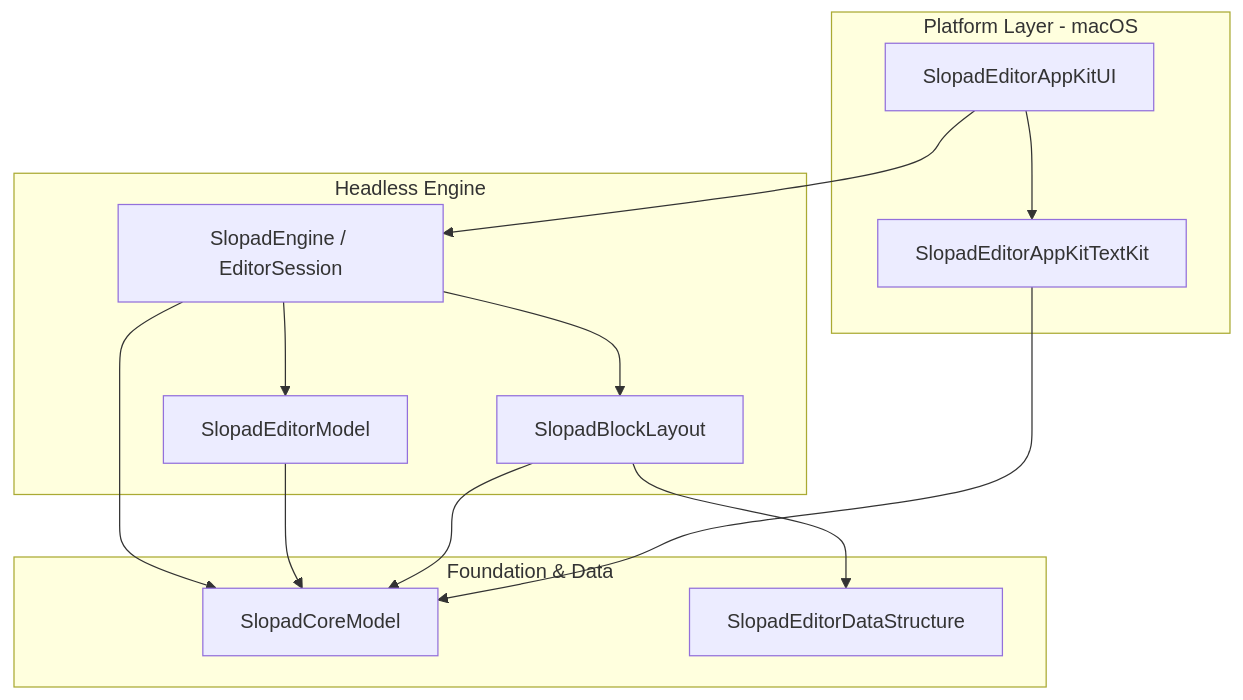
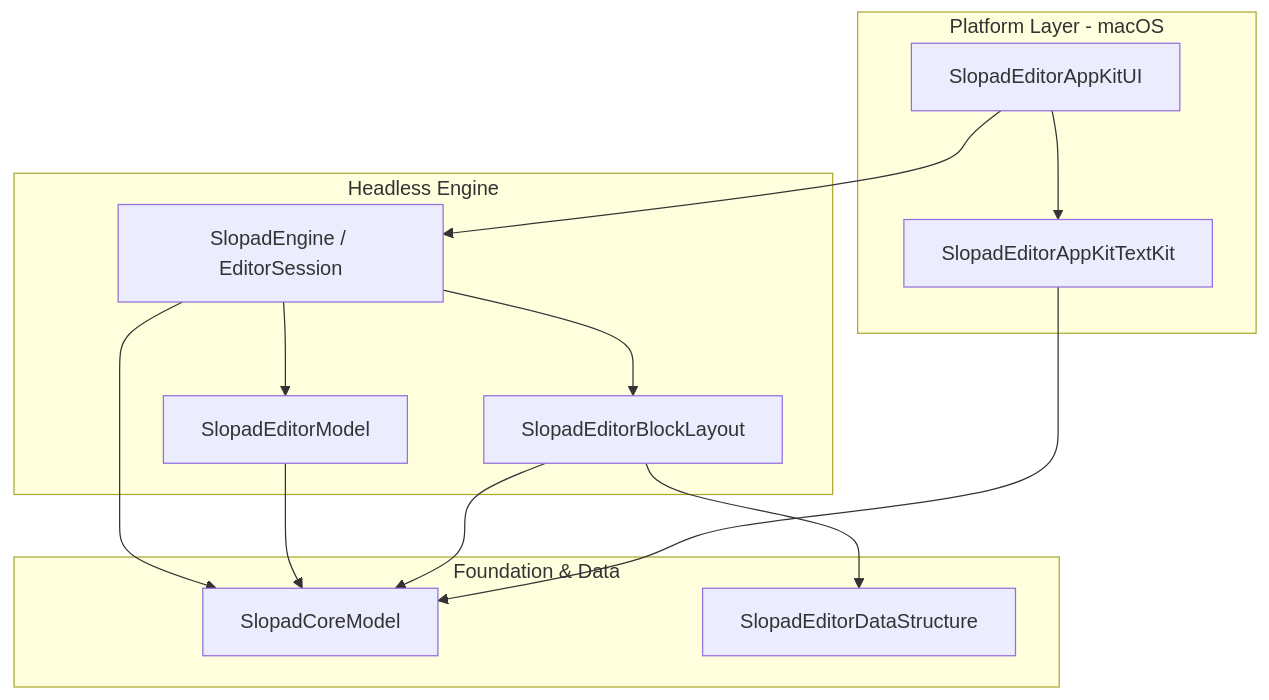
The diagram in ADR/0002-swiftpm-target-graph.md (hot666666/SlopadEditor), drawn with Mermaid before and after one commit. The commit also changed other lines of this file and 84 other files, not shown here.

First line of the commit message:
refactor: rename SlopadBlockLayout to SlopadEditorBlockLayout

````diff
--- a/ADR/0002-swiftpm-target-graph.md
+++ b/ADR/0002-swiftpm-target-graph.md
@@ -17,28 +17,28 @@
 ```mermaid
 flowchart TB
     subgraph Platform["Platform Layer - macOS"]
         AppKitUI["SlopadEditorAppKitUI"]
         AppKitTextKit["SlopadEditorAppKitTextKit"]
     end
 
     subgraph Headless["Headless Engine"]
         Engine["SlopadEngine / EditorSession"]
         EditorModel["SlopadEditorModel"]
-        BlockLayout["SlopadBlockLayout"]
+        BlockLayout["SlopadEditorBlockLayout"]
     end
 
     subgraph Foundation["Foundation & Data"]
         CoreModel["SlopadCoreModel"]
         DataStructure["SlopadEditorDataStructure"]
     end
 
     AppKitUI --> Engine
     AppKitUI --> AppKitTextKit
     Engine --> CoreModel
     Engine --> EditorModel
     Engine --> BlockLayout
     EditorModel --> CoreModel
     BlockLayout --> CoreModel
     BlockLayout --> DataStructure
     AppKitTextKit --> CoreModel
 ```
````
